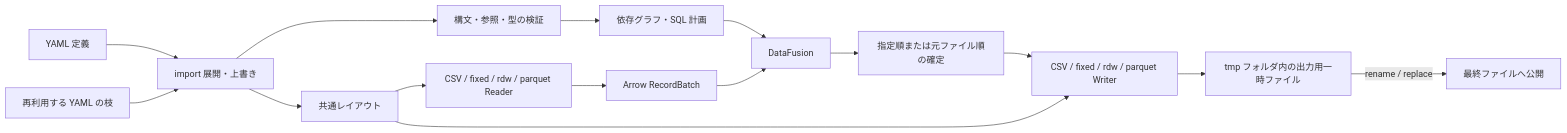
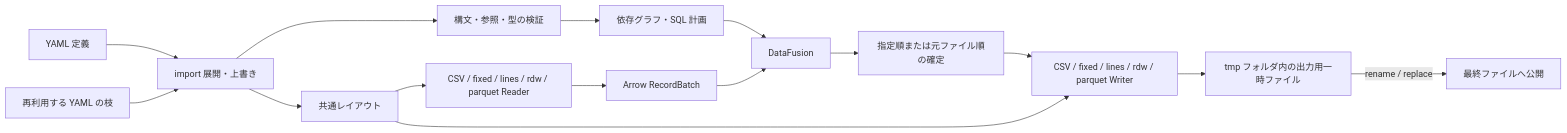
The diagram in docs/SPEC.md (hidekatsu-izuno/dxtran), drawn with Mermaid before and after one commit. The commit also changed other lines of this file and 100 other files, not shown here.

````diff
--- a/docs/SPEC.md
+++ b/docs/SPEC.md
@@ -37,17 +37,17 @@
 ```mermaid
 flowchart LR
     Y[YAML 定義] --> I[import 展開・上書き]
     F[再利用する YAML の枝] --> I
     I --> V[構文・参照・型の検証]
     I --> L[共通レイアウト]
     V --> P[依存グラフ・SQL 計画]
-    L --> R[CSV / fixed / rdw / parquet Reader]
+    L --> R[CSV / fixed / lines / rdw / parquet Reader]
     R --> A[Arrow RecordBatch]
     A --> D[DataFusion]
     P --> D
     D --> S[指定順または元ファイル順の確定]
-    S --> W[CSV / fixed / rdw / parquet Writer]
+    S --> W[CSV / fixed / lines / rdw / parquet Writer]
     L --> W
     W --> T[tmp フォルダ内の出力用一時ファイル]
     T -->|rename / replace| O[最終ファイルへ公開]
 ```
````
